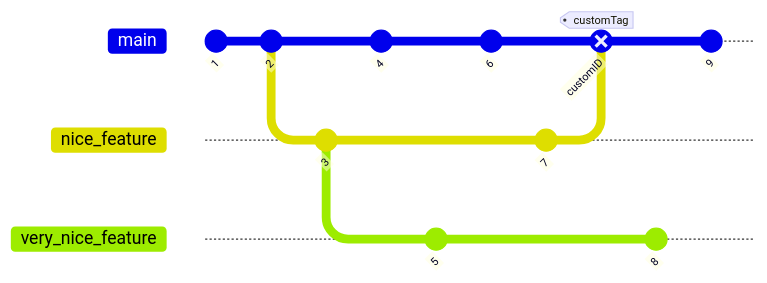
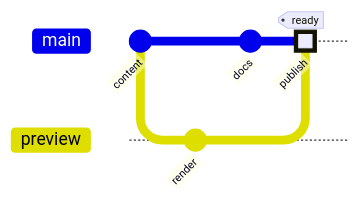
The third of 6 diagrams in examples/content/features/mermaid.md (fopwoc/GraphiteDraft), drawn with Mermaid before and after one commit. The commit also changed other lines of this file and 45 other files, not shown here.

````diff
--- a/examples/content/features/mermaid.md
+++ b/examples/content/features/mermaid.md
@@ -31,25 +31,11 @@
 ```mermaid
     gitGraph
-       commit id: "1"
-       commit id: "2"
-       branch nice_feature
-       checkout nice_feature
-       commit id: "3"
+       commit id: "content"
+       branch preview
+       checkout preview
+       commit id: "render"
        checkout main
-       commit id: "4"
-       checkout nice_feature
-       branch very_nice_feature
-       checkout very_nice_feature
-       commit id: "5"
-       checkout main
-       commit id: "6"
-       checkout nice_feature
-       commit id: "7"
-       checkout main
-       merge nice_feature id: "customID" tag: "customTag" type: REVERSE
-       checkout very_nice_feature
-       commit id: "8"
-       checkout main
-       commit id: "9"
+       commit id: "docs"
+       merge preview id: "publish" tag: "ready" type: HIGHLIGHT
 
 ```
````
